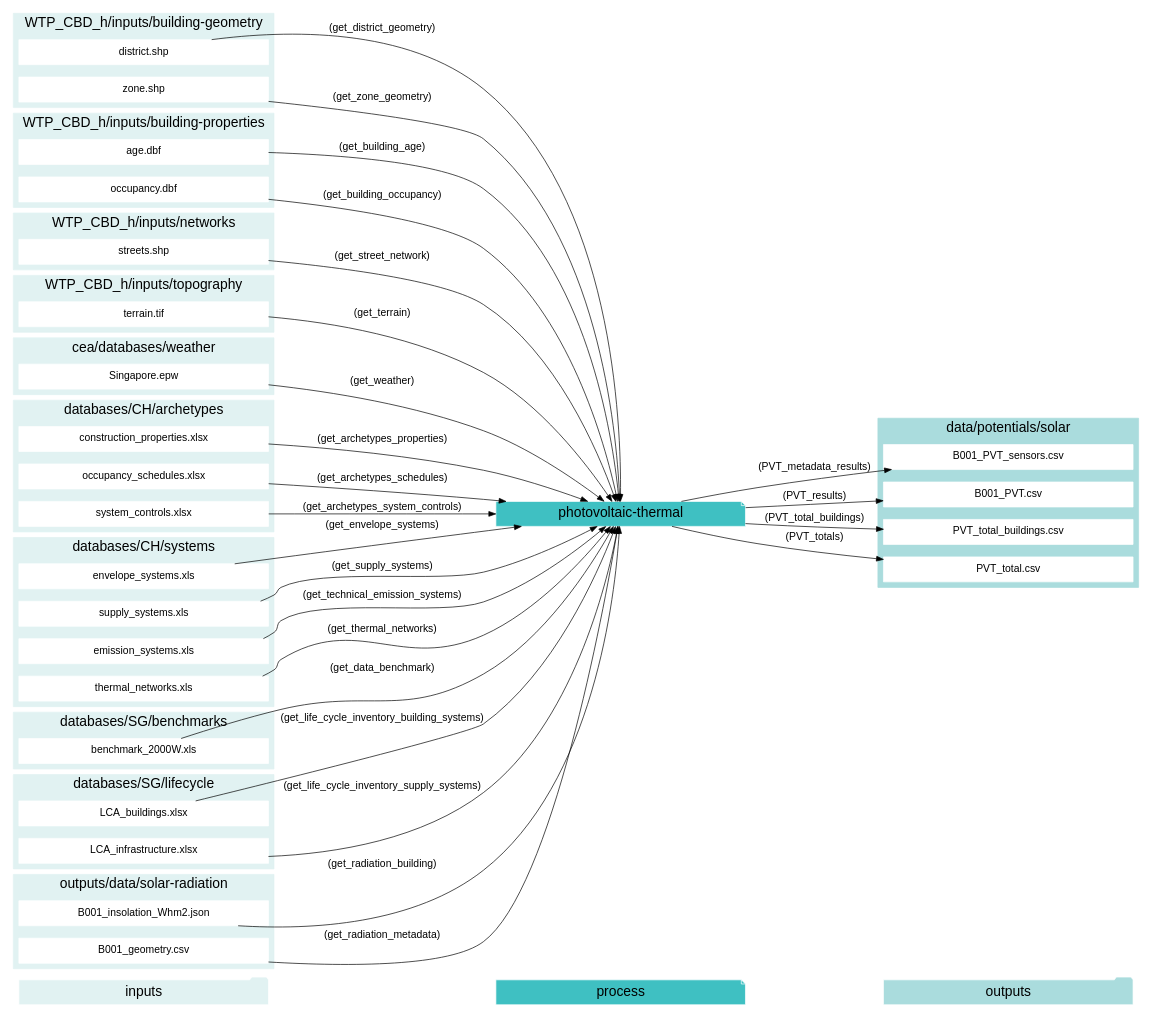
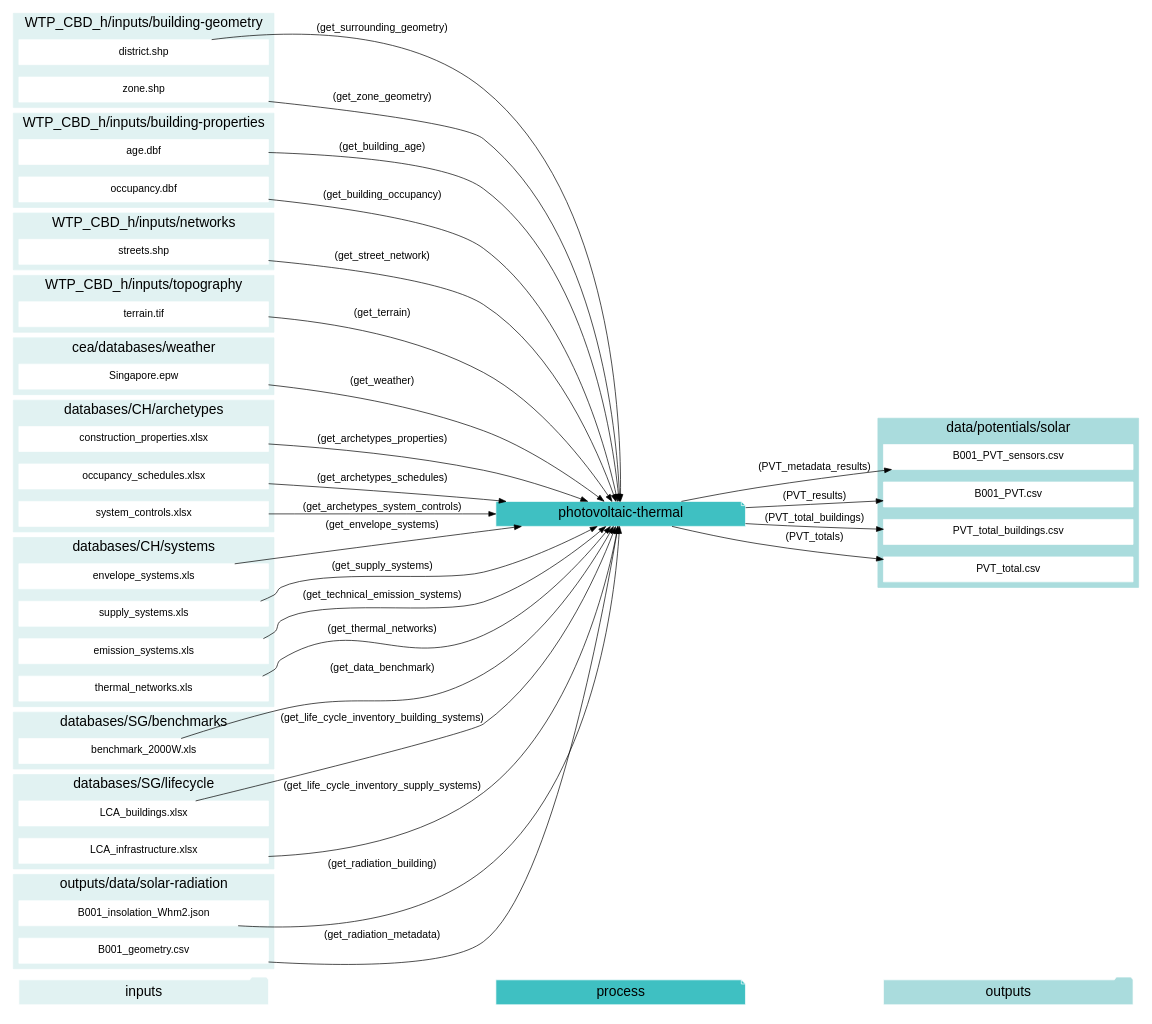
One commit to architecture-building-systems/CityEnergyAnalyst changed the eighth of 12 diagrams in docs/script-data-flow.rst. Above: the diagram before and after it, drawn with Graphviz. The commit also changed other lines of this file and 9 other files, not shown here.

```diff
--- a/docs/script-data-flow.rst
+++ b/docs/script-data-flow.rst
@@ -1145,7 +1145,7 @@
     "age.dbf" -> "photovoltaic-thermal"[label="(get_building_age)"]
     "occupancy.dbf" -> "photovoltaic-thermal"[label="(get_building_occupancy)"]
     "benchmark_2000W.xls" -> "photovoltaic-thermal"[label="(get_data_benchmark)"]
-    "district.shp" -> "photovoltaic-thermal"[label="(get_district_geometry)"]
+    "district.shp" -> "photovoltaic-thermal"[label="(get_surrounding_geometry)"]
     "envelope_systems.xls" -> "photovoltaic-thermal"[label="(get_envelope_systems)"]
     "LCA_buildings.xlsx" -> "photovoltaic-thermal"[label="(get_life_cycle_inventory_building_systems)"]
     "LCA_infrastructure.xlsx" -> "photovoltaic-thermal"[label="(get_life_cycle_inventory_supply_systems)"]
```
